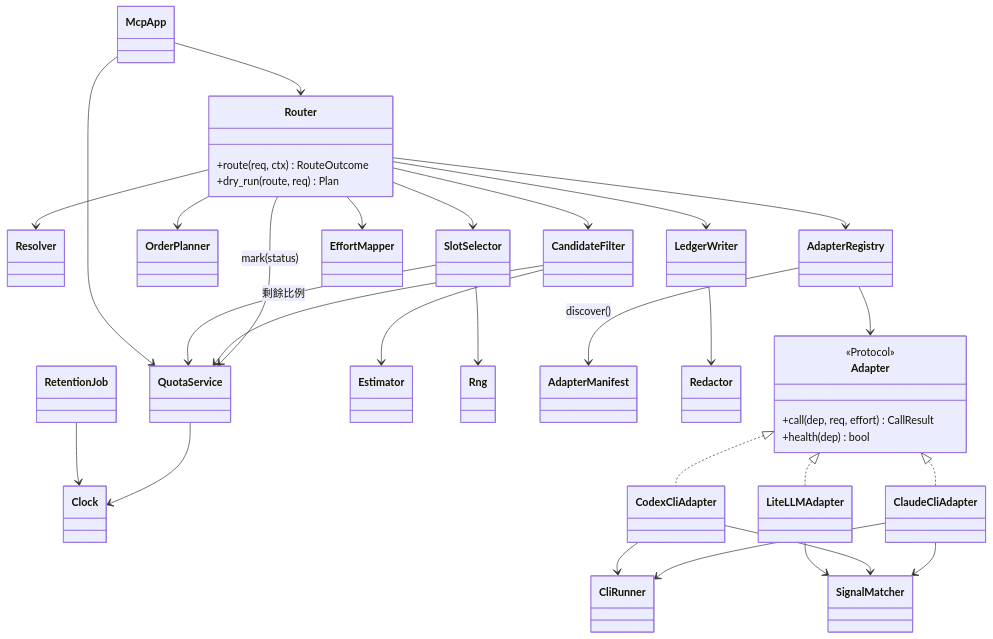
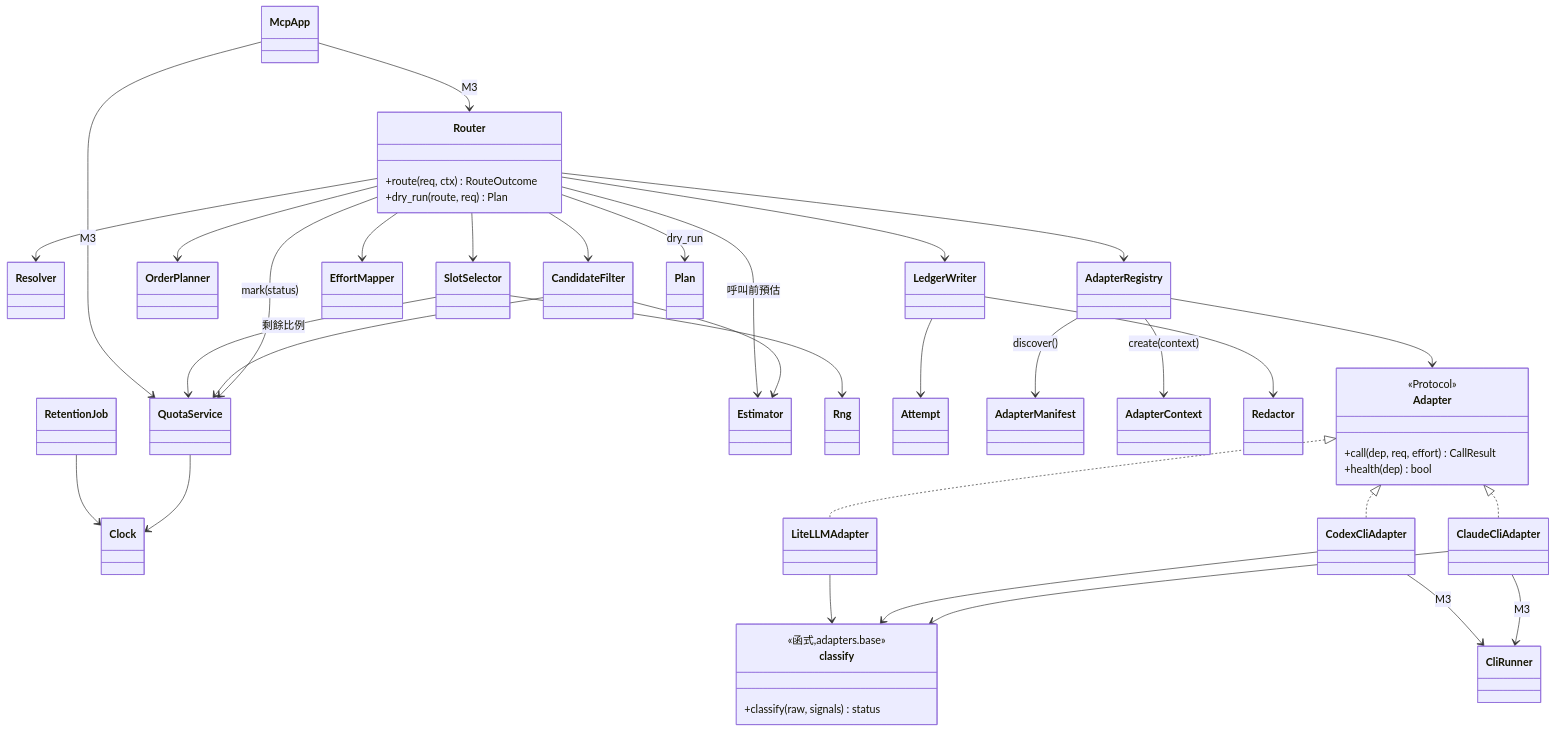
One commit to kamira/spillway changed the diagram in sdlc_docs/structure/design.md. Above: the diagram before and after it, drawn with Mermaid. The commit also changed other lines of this file and 4 other files, not shown here.

````diff
--- a/sdlc_docs/structure/design.md
+++ b/sdlc_docs/structure/design.md
@@ -33,39 +37,47 @@
 ```mermaid
 classDiagram
   class Router {
     +route(req, ctx) RouteOutcome
     +dry_run(route, req) Plan
   }
   class Adapter {
     <<Protocol>>
     +call(dep, req, effort) CallResult
     +health(dep) bool
+  }
+  class classify {
+    <<函式,adapters.base>>
+    +classify(raw, signals) status
   }
   Router --> Resolver
   Router --> CandidateFilter
   Router --> OrderPlanner
   Router --> SlotSelector
   Router --> EffortMapper
   Router --> AdapterRegistry
   Router --> LedgerWriter
   Router --> QuotaService : mark(status)
   CandidateFilter --> QuotaService
   CandidateFilter --> Estimator
   SlotSelector --> QuotaService : 剩餘比例
   SlotSelector --> Rng
   QuotaService --> Clock
+  Router --> Estimator : 呼叫前預估
+  Router --> Plan : dry_run
+  LedgerWriter --> Attempt
   AdapterRegistry --> Adapter
   Adapter <|.. LiteLLMAdapter
   Adapter <|.. ClaudeCliAdapter
   Adapter <|.. CodexCliAdapter
   AdapterRegistry --> AdapterManifest : discover()
-  ClaudeCliAdapter --> CliRunner
-  CodexCliAdapter --> CliRunner
-  ClaudeCliAdapter --> SignalMatcher
-  CodexCliAdapter --> SignalMatcher
-  LiteLLMAdapter --> SignalMatcher
+  ClaudeCliAdapter --> CliRunner : M3
+  CodexCliAdapter --> CliRunner : M3
+  ClaudeCliAdapter --> classify
+  CodexCliAdapter --> classify
+  LiteLLMAdapter --> classify
+  AdapterRegistry --> AdapterContext : create(context)
   LedgerWriter --> Redactor
   RetentionJob --> Clock
-  McpApp --> Router
-  McpApp --> QuotaService
+  McpApp --> Router : M3
+  McpApp --> QuotaService : M3
 ```
````
